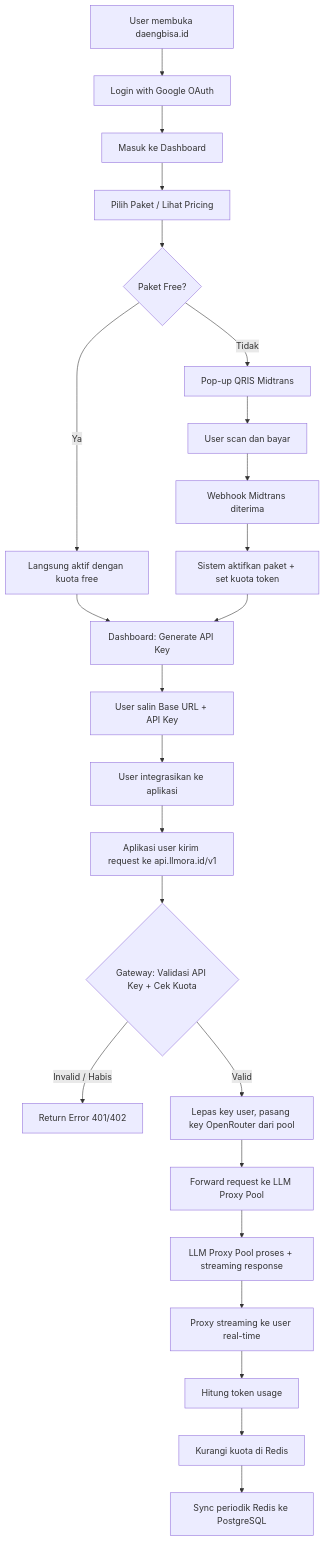
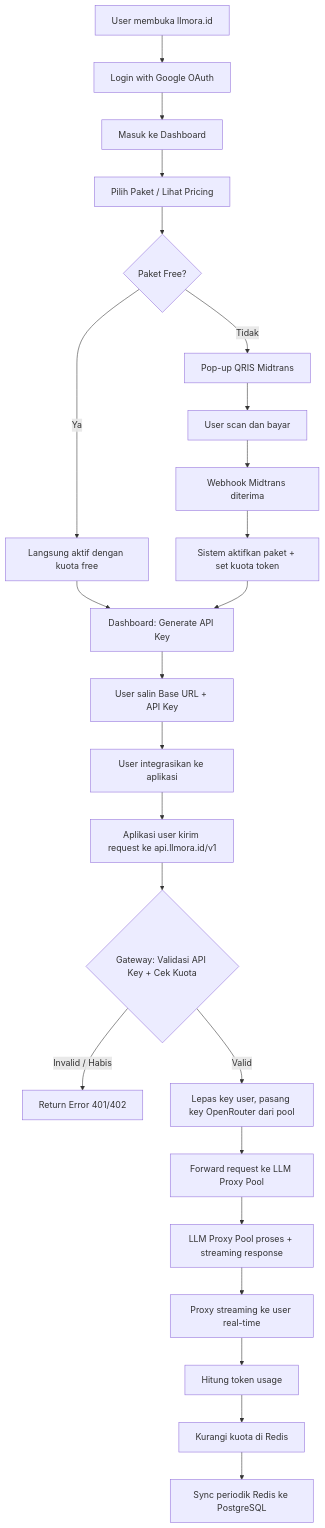
One commit to radacore/llmore changed the first of 3 diagrams in plans/prd.md. Above: the diagram before and after it, drawn with Mermaid. The commit also changed other lines of this file and 38 other files, not shown here.

````diff
--- a/plans/prd.md
+++ b/plans/prd.md
@@ -106,26 +106,26 @@
 ```mermaid
 flowchart TD
-    A[User membuka daengbisa.id] --> B[Login with Google OAuth]
+    A[User membuka llmora.id] --> B[Login with Google OAuth]
     B --> C[Masuk ke Dashboard]
     C --> D[Pilih Paket / Lihat Pricing]
     D --> E{Paket Free?}
     E -->|Ya| F[Langsung aktif dengan kuota free]
     E -->|Tidak| G[Pop-up QRIS Midtrans]
     G --> H[User scan dan bayar]
     H --> I[Webhook Midtrans diterima]
     I --> J[Sistem aktifkan paket + set kuota token]
     F --> K[Dashboard: Generate API Key]
     J --> K
     K --> L[User salin Base URL + API Key]
     L --> M[User integrasikan ke aplikasi]
     M --> N[Aplikasi user kirim request ke api.llmora.id/v1]
     N --> O{Gateway: Validasi API Key + Cek Kuota}
     O -->|Invalid / Habis| P[Return Error 401/402]
     O -->|Valid| Q[Lepas key user, pasang key OpenRouter dari pool]
     Q --> R[Forward request ke LLM Proxy Pool]
     R --> S[LLM Proxy Pool proses + streaming response]
     S --> T[Proxy streaming ke user real-time]
     T --> U[Hitung token usage]
     U --> V[Kurangi kuota di Redis]
     V --> W[Sync periodik Redis ke PostgreSQL]
 ```
````
